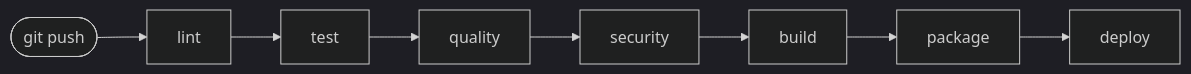
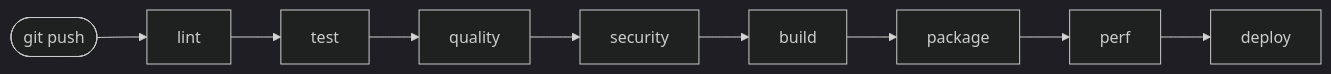
The fourth of 5 diagrams in ARCHITECTURE.md (TedPasquiet/G-rez-le-cycle-de-vie-de-d-veloppement-logiciel), drawn with Mermaid (dark theme) before and after one commit. The commit also changed other lines of this file and 15 other files, not shown here.

````diff
--- a/ARCHITECTURE.md
+++ b/ARCHITECTURE.md
@@ -82,4 +82,4 @@
 ```mermaid
 flowchart LR
-    commit([git push]) --> lint --> test --> quality --> security --> build --> package --> deploy
+    commit([git push]) --> lint --> test --> quality --> security --> build --> package --> perf --> deploy
 ```
````
